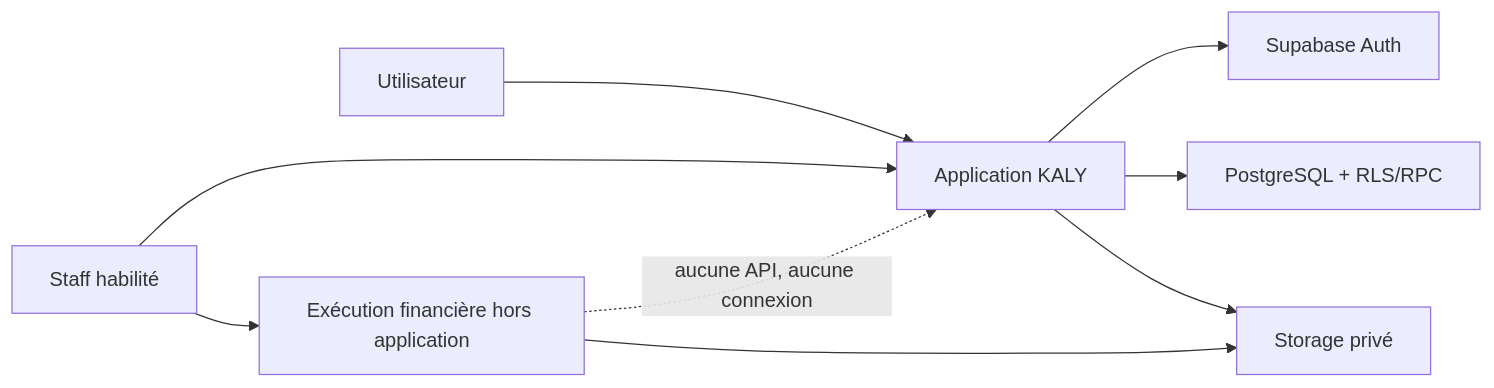
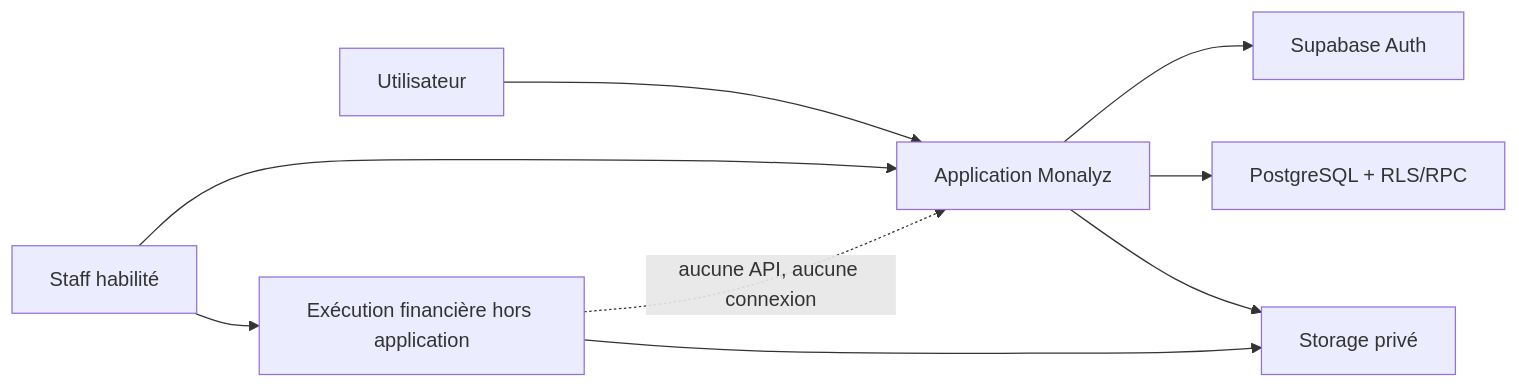
One commit to kalybanky-jpg/kalybank changed the diagram in docs/architecture.md. Above: the diagram before and after it, drawn with Mermaid. The commit also changed other lines of this file, not shown here.

````diff
--- a/docs/architecture.md
+++ b/docs/architecture.md
@@ -15,11 +15,11 @@
 ```mermaid
 flowchart LR
-  U["Utilisateur"] --> N["Application KALY"]
+  U["Utilisateur"] --> N["Application Monalyz"]
   S["Staff habilité"] --> N
   N --> A["Supabase Auth"]
   N --> D["PostgreSQL + RLS/RPC"]
   N --> P["Storage privé"]
   S --> X["Exécution financière hors application"]
   X --> P
   X -. "aucune API, aucune connexion" .-> N
 ```
````
